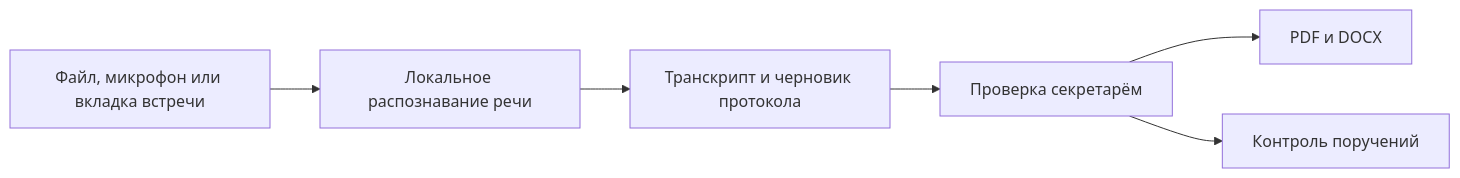
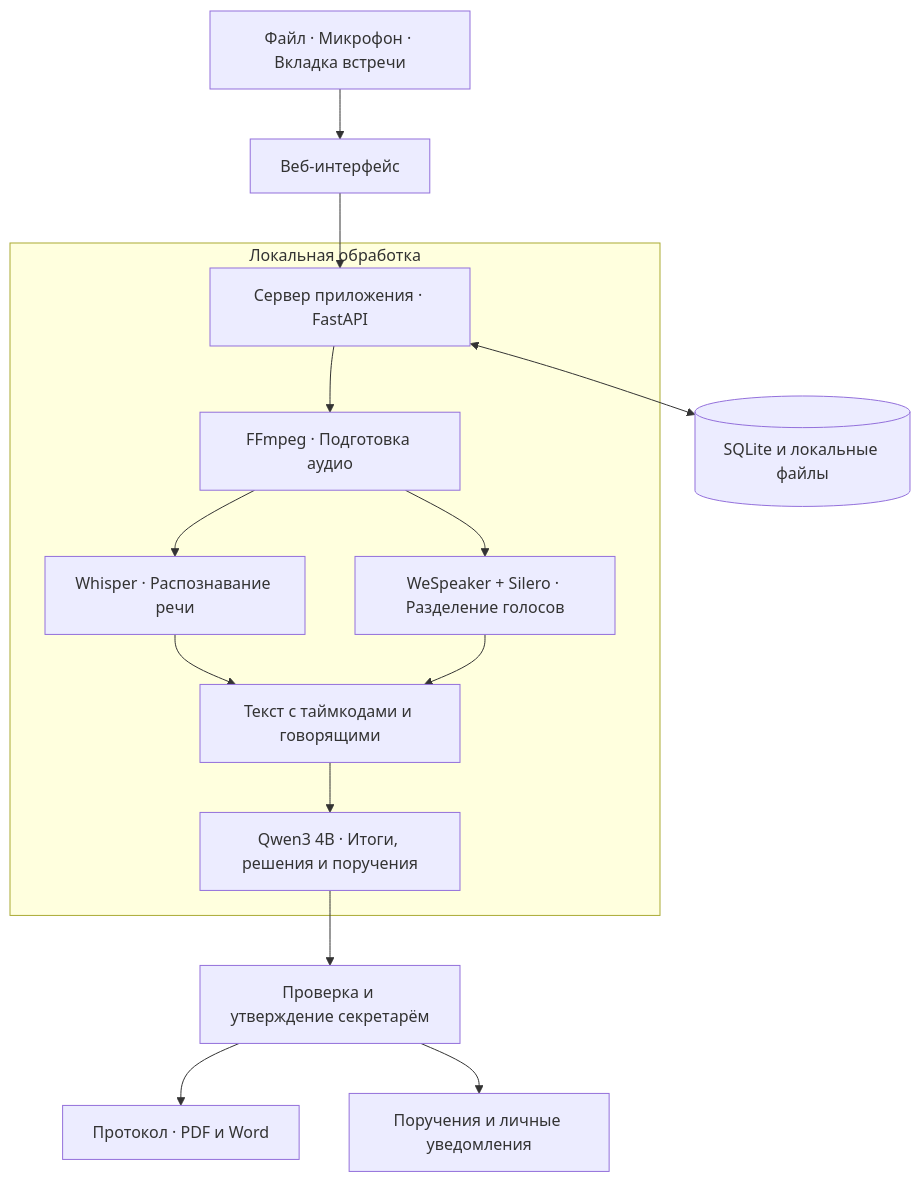
Before and after one commit to BAITC-Hacks/hack-d5e592cf-daladigital: the diagram in README.md, drawn with Mermaid. The commit also changed other lines of this file and 2 other files, not shown here.

Commit message:
Simplify README with launch steps, local models and workflow illustration

````diff
--- a/README.md
+++ b/README.md
@@ -16,8 +67,17 @@
 ```mermaid
-flowchart LR
-    A[Файл, микрофон или вкладка встречи] --> B[Локальное распознавание речи]
-    B --> C[Транскрипт и черновик протокола]
-    C --> D[Проверка секретарём]
-    D --> E[PDF и DOCX]
-    D --> F[Контроль поручений]
+flowchart TD
+    A[Файл · Микрофон · Вкладка встречи] --> B[Веб-интерфейс]
+    B --> C[Сервер приложения · FastAPI]
+    subgraph LOCAL[Локальная обработка]
+        C --> D[FFmpeg · Подготовка аудио]
+        D --> E[Whisper · Распознавание речи]
+        D --> F[WeSpeaker + Silero · Разделение голосов]
+        E --> G[Текст с таймкодами и говорящими]
+        F --> G
+        G --> H[Qwen3 4B · Итоги, решения и поручения]
+    end
+    H --> I[Проверка и утверждение секретарём]
+    I --> J[Протокол · PDF и Word]
+    I --> K[Поручения и личные уведомления]
+    C <--> L[(SQLite и локальные файлы)]
 ```
````
